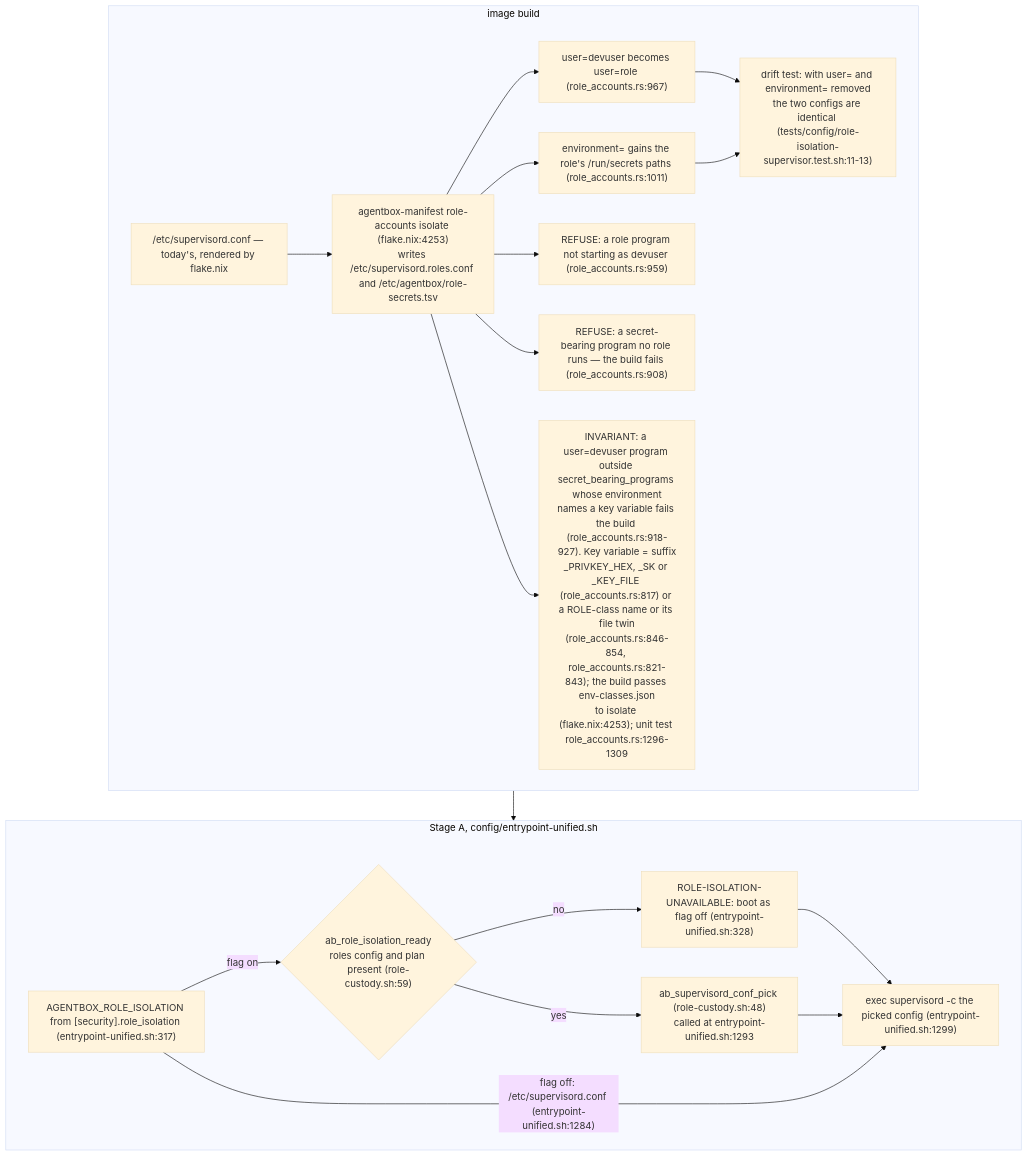
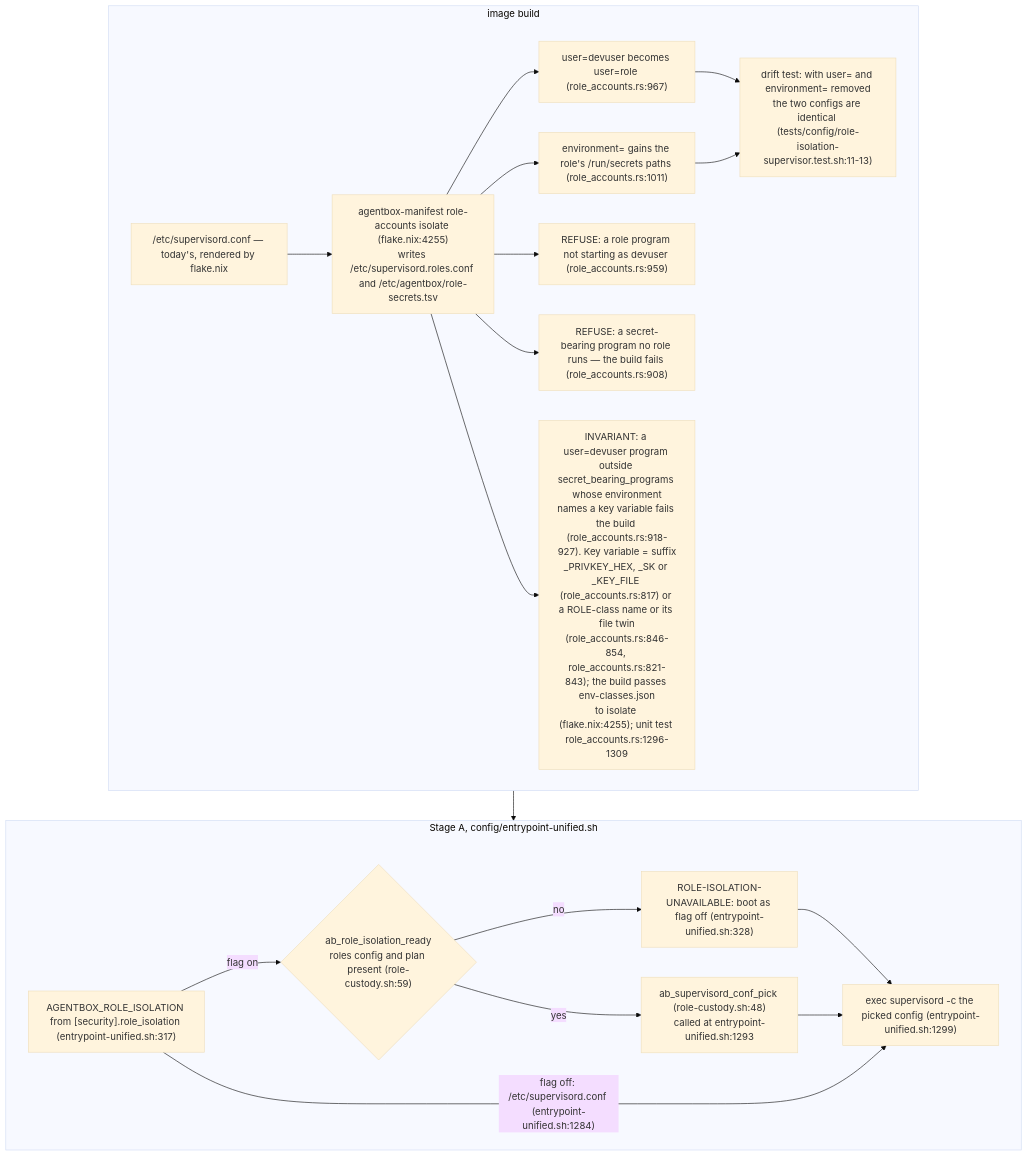
The second of 7 diagrams in docs/diagrams/agentbox/36-role-isolation-and-identity-port.md (DreamLab-AI/VisionFlow), drawn with Mermaid (base theme) before and after one commit. The commit also changed other lines of this file and 7 other files, not shown here.

First line of the commit message:
diagrams(agentbox): re-verify AB-36..AB-43 at agentbox 59b1aca

````diff
--- a/docs/diagrams/agentbox/36-role-isolation-and-identity-port.md
+++ b/docs/diagrams/agentbox/36-role-isolation-and-identity-port.md
@@ -94,28 +94,28 @@
 ```mermaid
 flowchart TB
     subgraph BUILD["image build"]
         TODAY["/etc/supervisord.conf — today's, rendered by flake.nix"]
-        ISO["agentbox-manifest role-accounts isolate (flake.nix:4253)<br/>writes /etc/supervisord.roles.conf and /etc/agentbox/role-secrets.tsv"]
+        ISO["agentbox-manifest role-accounts isolate (flake.nix:4255)<br/>writes /etc/supervisord.roles.conf and /etc/agentbox/role-secrets.tsv"]
         TODAY --> ISO
         ISO --> R1["user=devuser becomes user=role (role_accounts.rs:967)"]
         ISO --> R2["environment= gains the role's /run/secrets paths (role_accounts.rs:1011)"]
         ISO --> F1["REFUSE: a role program not starting as devuser (role_accounts.rs:959)"]
         ISO --> F2["REFUSE: a secret-bearing program no role runs — the build fails (role_accounts.rs:908)"]
-        ISO --> F3["INVARIANT: a user=devuser program outside secret_bearing_programs whose environment<br/>names a key variable fails the build (role_accounts.rs:918-927). Key variable = suffix<br/>_PRIVKEY_HEX, _SK or _KEY_FILE (role_accounts.rs:817) or a ROLE-class name or its file twin<br/>(role_accounts.rs:846-854, role_accounts.rs:821-843); the build passes env-classes.json<br/>to isolate (flake.nix:4253); unit test role_accounts.rs:1296-1309"]
+        ISO --> F3["INVARIANT: a user=devuser program outside secret_bearing_programs whose environment<br/>names a key variable fails the build (role_accounts.rs:918-927). Key variable = suffix<br/>_PRIVKEY_HEX, _SK or _KEY_FILE (role_accounts.rs:817) or a ROLE-class name or its file twin<br/>(role_accounts.rs:846-854, role_accounts.rs:821-843); the build passes env-classes.json<br/>to isolate (flake.nix:4255); unit test role_accounts.rs:1296-1309"]
         T["drift test: with user= and environment= removed<br/>the two configs are identical (tests/config/role-isolation-supervisor.test.sh:11-13)"]
         R1 --> T
         R2 --> T
     end
     subgraph BOOT["Stage A, config/entrypoint-unified.sh"]
         FLAG["AGENTBOX_ROLE_ISOLATION from [security].role_isolation (entrypoint-unified.sh:317)"]
         READY{"ab_role_isolation_ready<br/>roles config and plan present (role-custody.sh:59)"}
         UN["ROLE-ISOLATION-UNAVAILABLE: boot as flag off (entrypoint-unified.sh:328)"]
         PICK["ab_supervisord_conf_pick (role-custody.sh:48)<br/>called at entrypoint-unified.sh:1293"]
         EXEC["exec supervisord -c the picked config (entrypoint-unified.sh:1299)"]
         FLAG -->|"flag on"| READY
         READY -->|"no"| UN --> EXEC
         READY -->|"yes"| PICK --> EXEC
         FLAG -->|"flag off: /etc/supervisord.conf (entrypoint-unified.sh:1284)"| EXEC
     end
     BUILD --> BOOT
 ```
````
